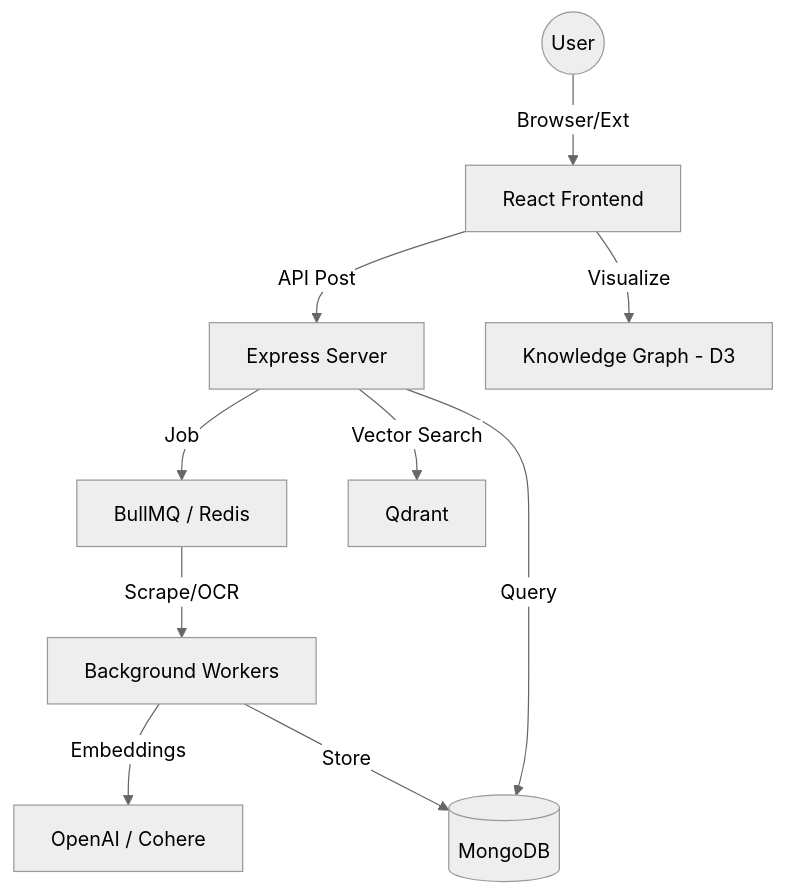
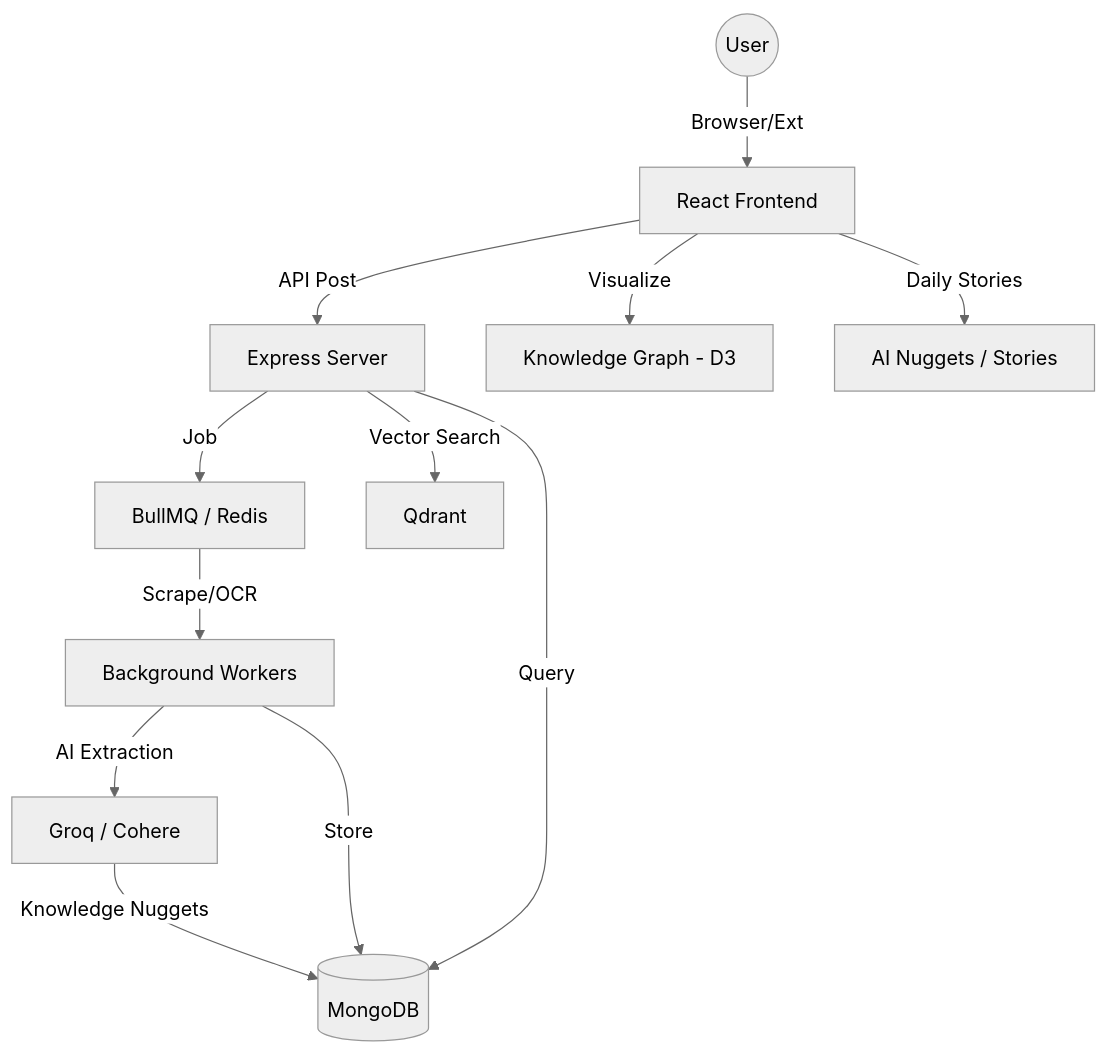
The diagram in README.md (kapil-soni-exe/Memory-OS), drawn with Mermaid (neutral theme) before and after one commit. The commit also changed other lines of this file, not shown here.

````diff
--- a/README.md
+++ b/README.md
@@ -56,12 +62,14 @@
 ```mermaid
 graph TD
     User((User)) -->|Browser/Ext| FE[React Frontend]
     FE -->|API Post| BE[Express Server]
     BE -->|Job| MQ[BullMQ / Redis]
     MQ -->|Scrape/OCR| Worker[Background Workers]
-    Worker -->|Embeddings| AI[OpenAI / Cohere]
+    Worker -->|AI Extraction| AI_Insights[Groq / Cohere]
+    AI_Insights -->|Knowledge Nuggets| DB
     Worker -->|Store| DB[(MongoDB)]
     BE -->|Query| DB
     BE -->|Vector Search| QD[Qdrant]
     FE -->|Visualize| GV[Knowledge Graph - D3]
+    FE -->|Daily Stories| SN[AI Nuggets / Stories]
 ```
````
